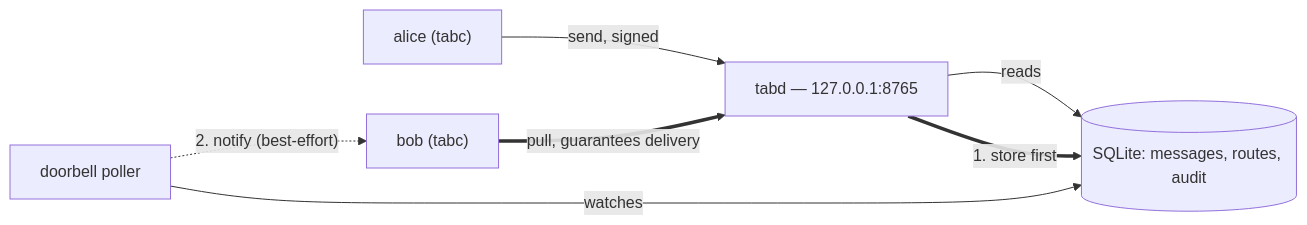
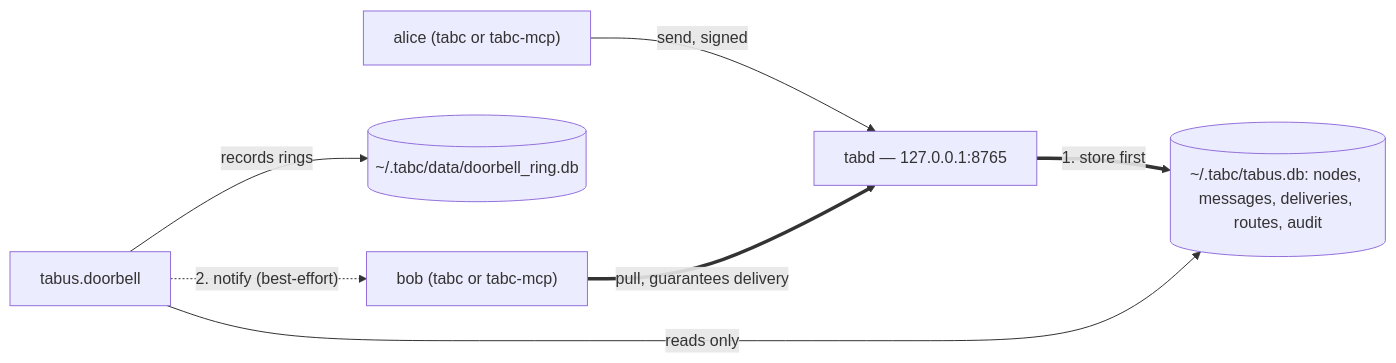
One commit to jultabc/tabc changed the diagram in README.md. Above: the diagram before and after it, drawn with Mermaid. The commit also changed other lines of this file, not shown here.

````diff
--- a/README.md
+++ b/README.md
@@ -98,9 +98,9 @@
 ```mermaid
 flowchart LR
-    A["alice (tabc)"] -->|"send, signed"| D["tabd — 127.0.0.1:8765"]
-    D ==>|"1. store first"| S[("SQLite: messages, routes, audit")]
-    DB["doorbell poller"] -->|watches| S
-    DB -.->|"2. notify (best-effort)"| B["bob (tabc)"]
+    A["alice (tabc or tabc-mcp)"] -->|"send, signed"| D["tabd — 127.0.0.1:8765"]
+    D ==>|"1. store first"| S[("~/.tabc/tabus.db: nodes, messages, deliveries, routes, audit")]
+    DB["tabus.doorbell"] -->|"reads only"| S
+    DB -->|"records rings"| R[("~/.tabc/data/doorbell_ring.db")]
+    DB -.->|"2. notify (best-effort)"| B["bob (tabc or tabc-mcp)"]
     B ==>|"pull, guarantees delivery"| D
-    D -->|reads| S
 ```
````
